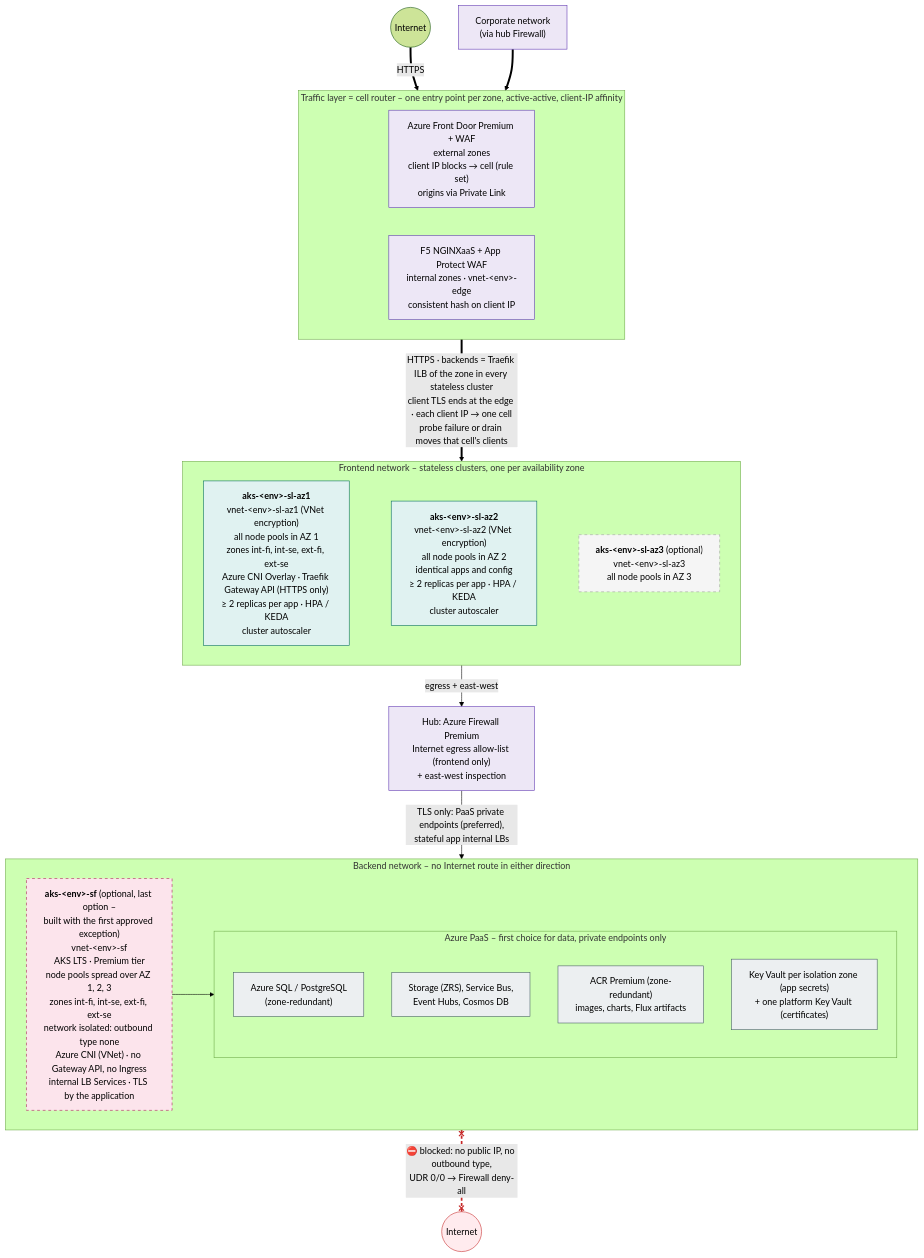
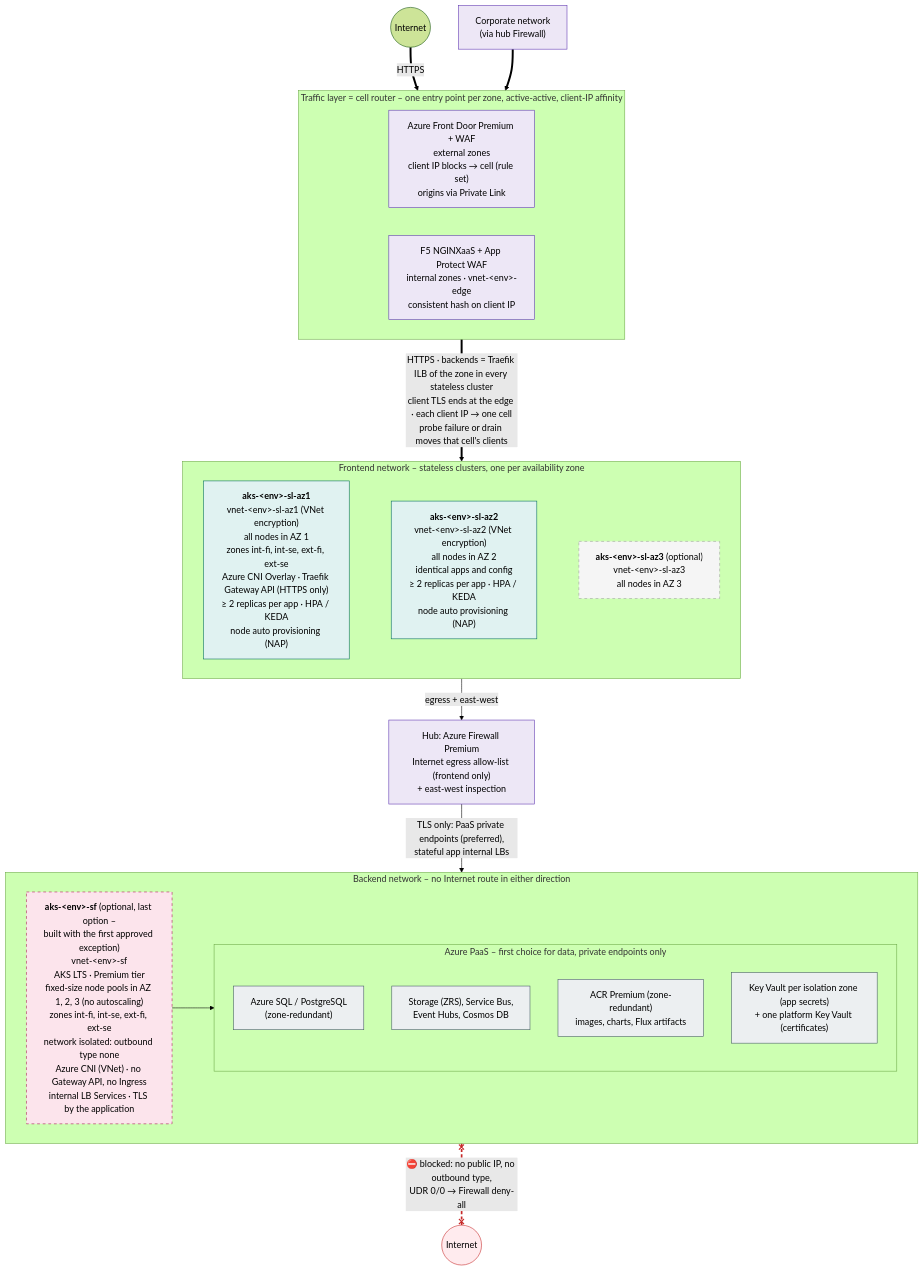
One commit to olljanat-ai/aks-design changed the diagram in diagrams/08-cluster-topology.mmd. Above: the diagram before and after it, drawn with Mermaid (forest theme). The commit also changed 12 other files, not shown here.

First line of the commit message:
Use node auto provisioning in stateless clusters, fixed node pools in stateful

```diff
--- a/diagrams/08-cluster-topology.mmd
+++ b/diagrams/08-cluster-topology.mmd
@@ -1,58 +1,58 @@
 %% Cluster topology of ONE environment (dev, acc and prd are identical): zonal stateless clusters in the
 %% frontend network, an optional zone-redundant stateful cluster in the backend network next to the Azure PaaS services.
 flowchart TB
     internet(("Internet"))
     corp["Corporate network<br/>(via hub Firewall)"]
 
     subgraph EDGE["Traffic layer = cell router – one entry point per zone, active-active, client-IP affinity"]
         direction LR
         waf["Azure Front Door Premium + WAF<br/>external zones<br/>client IP blocks → cell (rule set)<br/>origins via Private Link"]
         agw_in["F5 NGINXaaS + App Protect WAF<br/>internal zones · vnet-&lt;env&gt;-edge<br/>consistent hash on client IP"]
     end
 
     subgraph FRONT["Frontend network – stateless clusters, one per availability zone"]
         direction LR
-        sl1["<b>aks-&lt;env&gt;-sl-az1</b><br/>vnet-&lt;env&gt;-sl-az1 (VNet encryption)<br/>all node pools in AZ 1<br/>zones int-fi, int-se, ext-fi, ext-se<br/>Azure CNI Overlay · Traefik Gateway API (HTTPS only)<br/>≥ 2 replicas per app · HPA / KEDA<br/>cluster autoscaler"]
-        sl2["<b>aks-&lt;env&gt;-sl-az2</b><br/>vnet-&lt;env&gt;-sl-az2 (VNet encryption)<br/>all node pools in AZ 2<br/>identical apps and config<br/>≥ 2 replicas per app · HPA / KEDA<br/>cluster autoscaler"]
-        sl3["<b>aks-&lt;env&gt;-sl-az3</b> (optional)<br/>vnet-&lt;env&gt;-sl-az3<br/>all node pools in AZ 3"]
+        sl1["<b>aks-&lt;env&gt;-sl-az1</b><br/>vnet-&lt;env&gt;-sl-az1 (VNet encryption)<br/>all nodes in AZ 1<br/>zones int-fi, int-se, ext-fi, ext-se<br/>Azure CNI Overlay · Traefik Gateway API (HTTPS only)<br/>≥ 2 replicas per app · HPA / KEDA<br/>node auto provisioning (NAP)"]
+        sl2["<b>aks-&lt;env&gt;-sl-az2</b><br/>vnet-&lt;env&gt;-sl-az2 (VNet encryption)<br/>all nodes in AZ 2<br/>identical apps and config<br/>≥ 2 replicas per app · HPA / KEDA<br/>node auto provisioning (NAP)"]
+        sl3["<b>aks-&lt;env&gt;-sl-az3</b> (optional)<br/>vnet-&lt;env&gt;-sl-az3<br/>all nodes in AZ 3"]
         sl1 ~~~ sl2 ~~~ sl3
     end
 
     fw["Hub: Azure Firewall Premium<br/>Internet egress allow-list (frontend only)<br/>+ east-west inspection"]
 
     subgraph BACK["Backend network – no Internet route in either direction"]
         direction LR
-        sf["<b>aks-&lt;env&gt;-sf</b> (optional, last option –<br/>built with the first approved exception)<br/>vnet-&lt;env&gt;-sf<br/>AKS LTS · Premium tier<br/>node pools spread over AZ 1, 2, 3<br/>zones int-fi, int-se, ext-fi, ext-se<br/>network isolated: outbound type none<br/>Azure CNI (VNet) · no Gateway API, no Ingress<br/>internal LB Services · TLS by the application"]
+        sf["<b>aks-&lt;env&gt;-sf</b> (optional, last option –<br/>built with the first approved exception)<br/>vnet-&lt;env&gt;-sf<br/>AKS LTS · Premium tier<br/>fixed-size node pools in AZ 1, 2, 3 (no autoscaling)<br/>zones int-fi, int-se, ext-fi, ext-se<br/>network isolated: outbound type none<br/>Azure CNI (VNet) · no Gateway API, no Ingress<br/>internal LB Services · TLS by the application"]
         subgraph PAAS["Azure PaaS – first choice for data, private endpoints only"]
             direction TB
             db["Azure SQL / PostgreSQL<br/>(zone-redundant)"]
             st["Storage (ZRS), Service Bus,<br/>Event Hubs, Cosmos DB"]
             acr["ACR Premium (zone-redundant)<br/>images, charts, Flux artifacts"]
             kv["Key Vault per isolation zone (app secrets)<br/>+ one platform Key Vault (certificates)"]
         end
     end
 
     blocked(("Internet"))
 
     internet ==>|"HTTPS"| waf
     corp ==> agw_in
     EDGE ==>|"HTTPS · backends = Traefik ILB of the zone in every stateless cluster<br/>client TLS ends at the edge · each client IP → one cell<br/>probe failure or drain moves that cell's clients"| FRONT
     FRONT -->|"egress + east-west"| fw
     fw -->|"TLS only: PaaS private endpoints (preferred),<br/>stateful app internal LBs"| BACK
     sf --> PAAS
     BACK x-.-x|"⛔ blocked: no public IP, no outbound type,<br/>UDR 0/0 → Firewall deny-all"| blocked
 
     linkStyle 8 stroke:#c62828,stroke-width:3px,stroke-dasharray:6 4
 
     classDef hub fill:#ede7f6,stroke:#5e35b1,color:#000
     classDef sl fill:#e0f2f1,stroke:#00695c,color:#000
     classDef sf fill:#fce4ec,stroke:#ad1457,color:#000,stroke-dasharray: 5 5
     classDef paas fill:#eceff1,stroke:#455a64,color:#000
     classDef opt fill:#f5f5f5,stroke:#9e9e9e,color:#000,stroke-dasharray: 5 5
     classDef off fill:#ffebee,stroke:#c62828,color:#000
     class fw,waf,agw_in,corp hub
     class sl1,sl2 sl
     class sl3 opt
     class sf sf
     class db,st,acr,kv paas
     class blocked off
```
